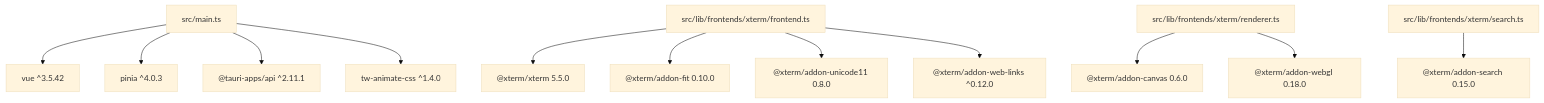
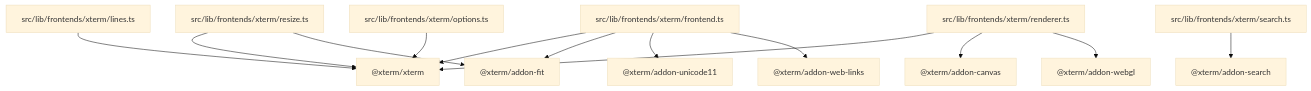
Before and after one commit to shawicx/scx-terminal: the diagram in .wiki/01-overview/tech-stack.md, drawn with Mermaid (base theme). The commit also changed other lines of this file and 41 other files, not shown here.

````diff
--- a/.wiki/01-overview/tech-stack.md
+++ b/.wiki/01-overview/tech-stack.md
@@ -41,14 +69,15 @@
 ```mermaid
 graph TD
-  main["src/main.ts"] --> vue["vue ^3.5.42"]
-  main --> pinia["pinia ^4.0.3"]
-  main --> tauri["@tauri-apps/api ^2.11.1"]
-  main --> twAnim["tw-animate-css ^1.4.0"]
-  frontend["src/lib/frontends/xterm/frontend.ts"] --> xterm["@xterm/xterm 5.5.0"]
-  frontend --> fit["@xterm/addon-fit 0.10.0"]
-  frontend --> unicode["@xterm/addon-unicode11 0.8.0"]
-  frontend --> links["@xterm/addon-web-links ^0.12.0"]
-  renderer["src/lib/frontends/xterm/renderer.ts"] --> canvas["@xterm/addon-canvas 0.6.0"]
-  renderer --> webgl["@xterm/addon-webgl 0.18.0"]
-  search["src/lib/frontends/xterm/search.ts"] --> addonSearch["@xterm/addon-search 0.15.0"]
+  frontend["src/lib/frontends/xterm/frontend.ts"] --> xterm["@xterm/xterm"]
+  frontend --> fit["@xterm/addon-fit"]
+  frontend --> uni11["@xterm/addon-unicode11"]
+  frontend --> weblinks["@xterm/addon-web-links"]
+  renderer["src/lib/frontends/xterm/renderer.ts"] --> xterm
+  renderer --> canvas["@xterm/addon-canvas"]
+  renderer --> webgl["@xterm/addon-webgl"]
+  resize["src/lib/frontends/xterm/resize.ts"] --> xterm
+  resize --> fit
+  search["src/lib/frontends/xterm/search.ts"] --> searchAddon["@xterm/addon-search"]
+  lines["src/lib/frontends/xterm/lines.ts"] --> xterm
+  options["src/lib/frontends/xterm/options.ts"] --> xterm
 ```
````
